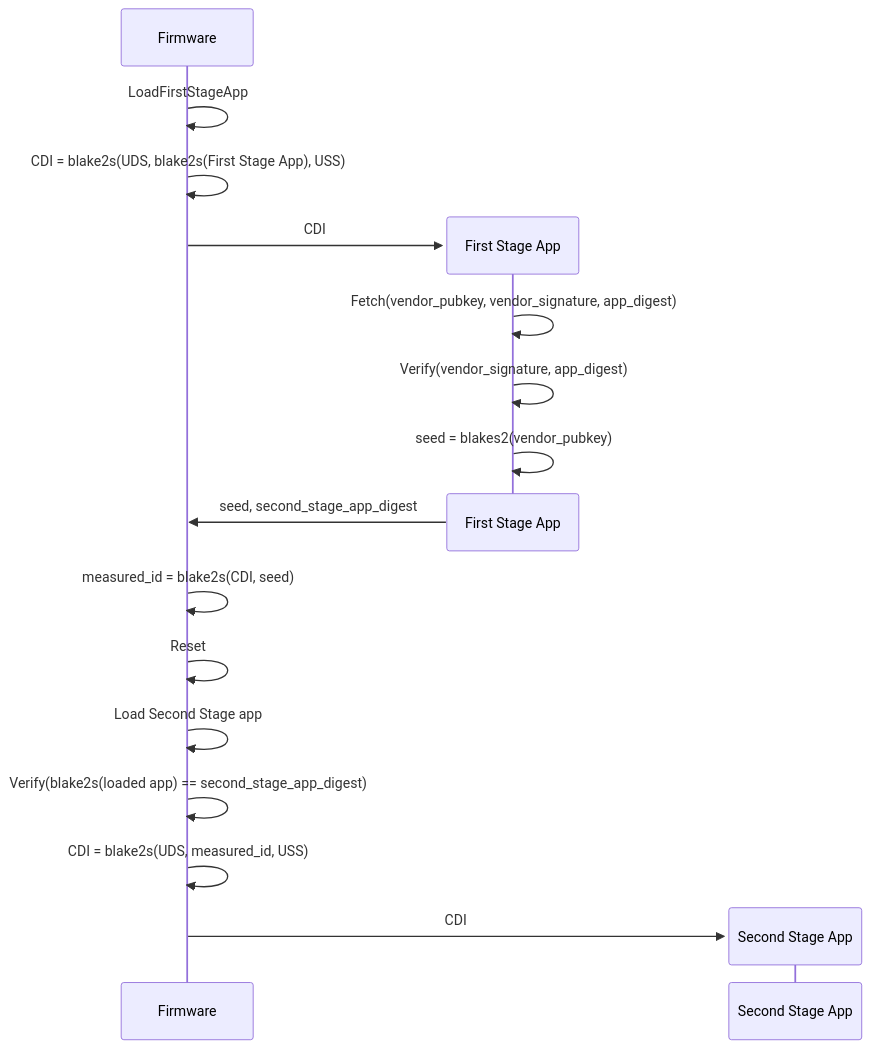
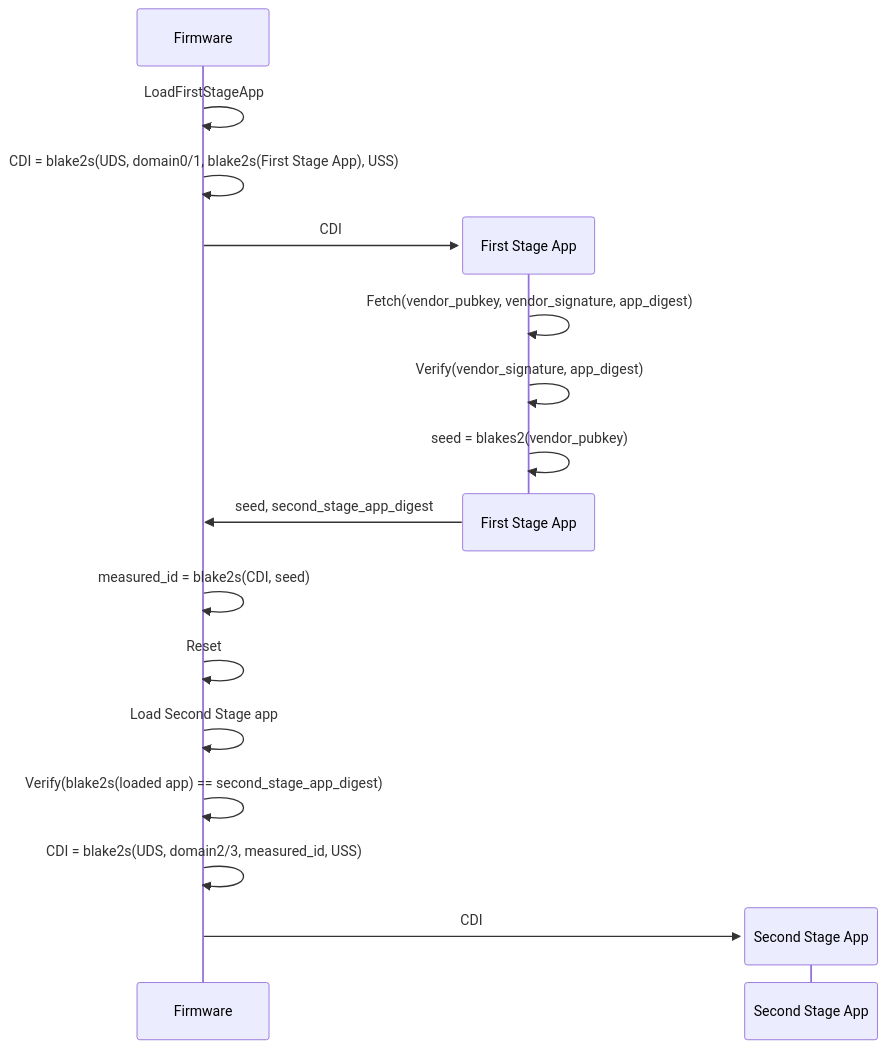
One commit to tillitis/tkey-boot-verifier changed the first of 3 diagrams in doc/design.md. Above: the diagram before and after it, drawn with Mermaid. The commit also changed other lines of this file, not shown here.

Commit message:
doc: Describe CDI domain byte

````diff
--- a/doc/design.md
+++ b/doc/design.md
@@ -133,19 +147,19 @@
 ```mermaid
 sequenceDiagram
     Firmware->>Firmware: LoadFirstStageApp
-    Firmware->>Firmware: CDI = blake2s(UDS, blake2s(First Stage App), USS)
+    Firmware->>Firmware: CDI = blake2s(UDS, domain0/1, blake2s(First Stage App), USS)
     create participant First Stage App
     Firmware->>First Stage App: CDI
     First Stage App->>First Stage App: Fetch(vendor_pubkey, vendor_signature, app_digest)
     First Stage App->>First Stage App: Verify(vendor_signature, app_digest)
     First Stage App->>First Stage App: seed = blakes2(vendor_pubkey)
     destroy First Stage App
     First Stage App->>Firmware: seed, second_stage_app_digest
     Firmware->>Firmware: measured_id = blake2s(CDI, seed)
     Firmware->>Firmware: Reset
     Firmware->>Firmware: Load Second Stage app
     Firmware->>Firmware: Verify(blake2s(loaded app) == second_stage_app_digest)
-    Firmware->>Firmware: CDI = blake2s(UDS, measured_id, USS)
+    Firmware->>Firmware: CDI = blake2s(UDS, domain2/3, measured_id, USS)
     create participant Second Stage App
     Firmware->>Second Stage App: CDI
 ```
````
